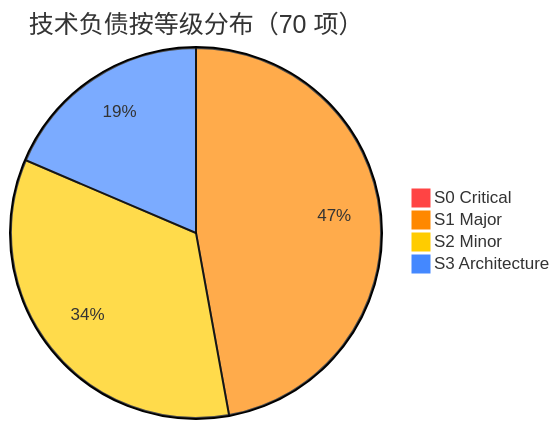
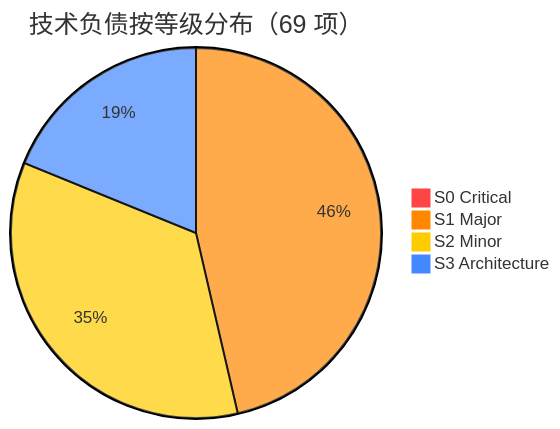
The diagram in debt/DASHBOARD.md (j19800/MemALL), drawn with Mermaid before and after one commit. The commit also changed other lines of this file and 6 other files, not shown here.

````diff
--- a/debt/DASHBOARD.md
+++ b/debt/DASHBOARD.md
@@ -11,8 +11,8 @@
 ```mermaid
 %%{init: {'theme': 'base', 'themeVariables': { 'pie1': '#ff4444', 'pie2': '#ff8800', 'pie3': '#ffcc00', 'pie4': '#4488ff'}}}%%
-pie title 技术负债按等级分布（70 项）
+pie title 技术负债按等级分布（69 项）
     "S0 Critical" : 0
-    "S1 Major" : 33
+    "S1 Major" : 32
     "S2 Minor" : 24
     "S3 Architecture" : 13
 ```
````
